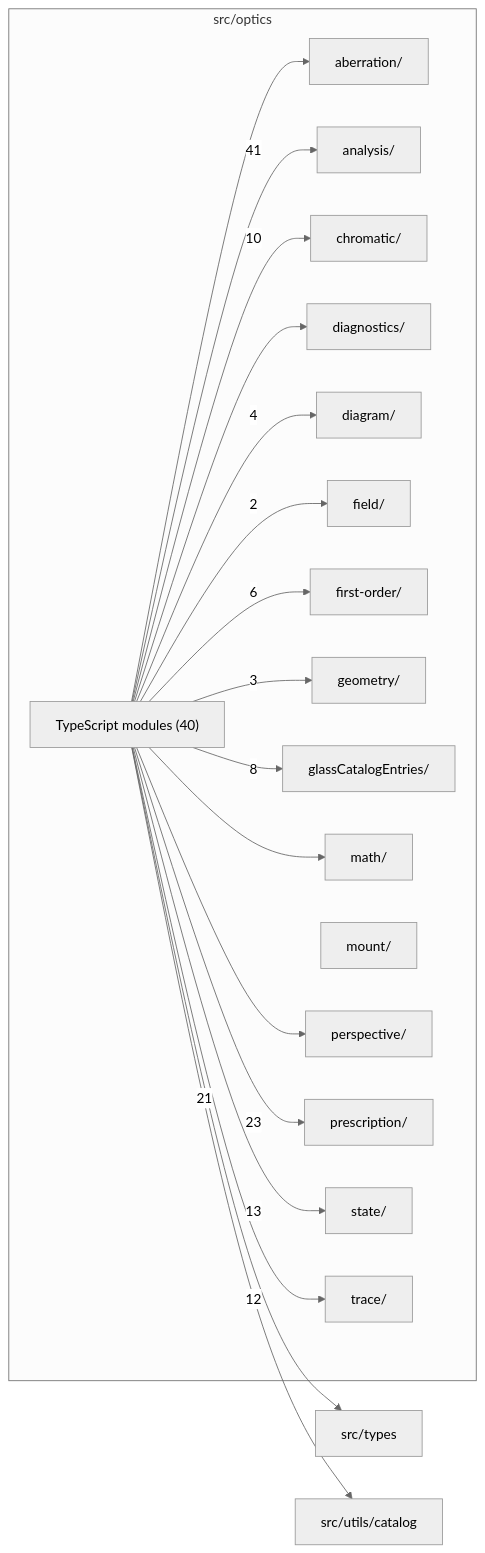
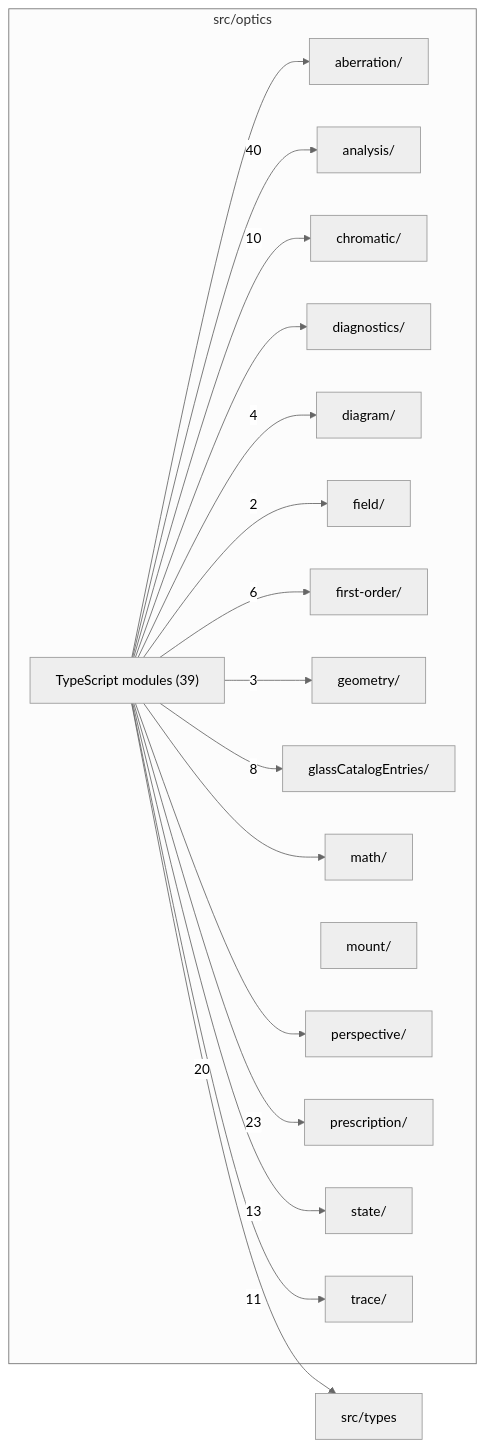
Before and after one commit to ronbuening/LensVisualizer: the diagram in src/optics/readme.md, drawn with Mermaid (neutral theme). The commit also changed other lines of this file and 34 other files, not shown here.

````diff
--- a/src/optics/readme.md
+++ b/src/optics/readme.md
@@ -9,39 +9,37 @@
 ```mermaid
 flowchart LR
   subgraph n_src_optics["src/optics"]
     n_src_optics_src_optics_aberration["aberration/"]
     n_src_optics_src_optics_analysis["analysis/"]
     n_src_optics_src_optics_chromatic["chromatic/"]
     n_src_optics_src_optics_diagnostics["diagnostics/"]
     n_src_optics_src_optics_diagram["diagram/"]
     n_src_optics_src_optics_field["field/"]
     n_src_optics_src_optics_first_order["first-order/"]
     n_src_optics_src_optics_geometry["geometry/"]
     n_src_optics_src_optics_glassCatalogEntries["glassCatalogEntries/"]
     n_src_optics_src_optics_math["math/"]
     n_src_optics_src_optics_mount["mount/"]
     n_src_optics_src_optics_perspective["perspective/"]
     n_src_optics_src_optics_prescription["prescription/"]
     n_src_optics_src_optics_state["state/"]
     n_src_optics_src_optics_trace["trace/"]
-    n_src_optics_TypeScript_modules["TypeScript modules (40)"]
+    n_src_optics_TypeScript_modules["TypeScript modules (39)"]
   end
   n_external_src_types["src/types"]
-  n_external_src_utils_catalog["src/utils/catalog"]
-  n_src_optics_TypeScript_modules --> |41| n_src_optics_src_optics_analysis
+  n_src_optics_TypeScript_modules --> |40| n_src_optics_src_optics_analysis
   n_src_optics_TypeScript_modules --> |23| n_src_optics_src_optics_prescription
-  n_src_optics_TypeScript_modules --> |21| n_external_src_types
+  n_src_optics_TypeScript_modules --> |20| n_external_src_types
   n_src_optics_TypeScript_modules --> |13| n_src_optics_src_optics_state
-  n_src_optics_TypeScript_modules --> |12| n_src_optics_src_optics_trace
+  n_src_optics_TypeScript_modules --> |11| n_src_optics_src_optics_trace
   n_src_optics_TypeScript_modules --> |10| n_src_optics_src_optics_chromatic
   n_src_optics_TypeScript_modules --> |8| n_src_optics_src_optics_glassCatalogEntries
   n_src_optics_TypeScript_modules --> |6| n_src_optics_src_optics_first_order
   n_src_optics_TypeScript_modules --> |4| n_src_optics_src_optics_diagram
   n_src_optics_TypeScript_modules --> |3| n_src_optics_src_optics_geometry
   n_src_optics_TypeScript_modules --> |2| n_src_optics_src_optics_field
-  n_src_optics_TypeScript_modules --> n_external_src_utils_catalog
   n_src_optics_TypeScript_modules --> n_src_optics_src_optics_aberration
   n_src_optics_TypeScript_modules --> n_src_optics_src_optics_diagnostics
   n_src_optics_TypeScript_modules --> n_src_optics_src_optics_math
   n_src_optics_TypeScript_modules --> n_src_optics_src_optics_perspective
 ```
````
